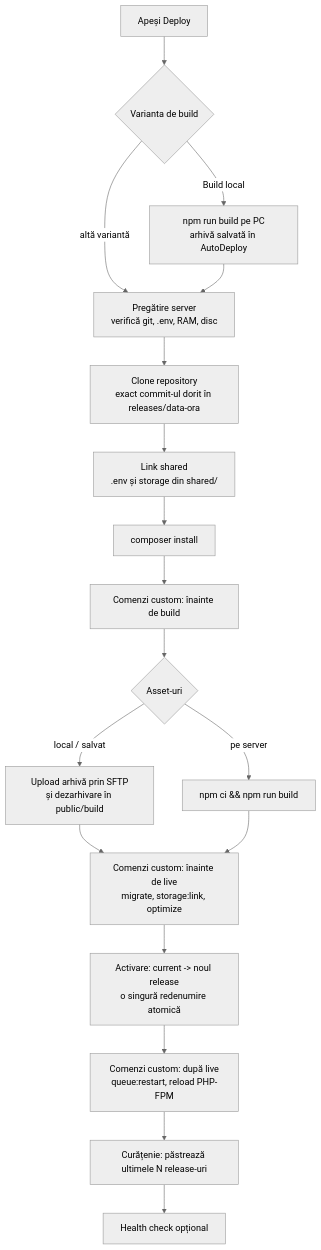
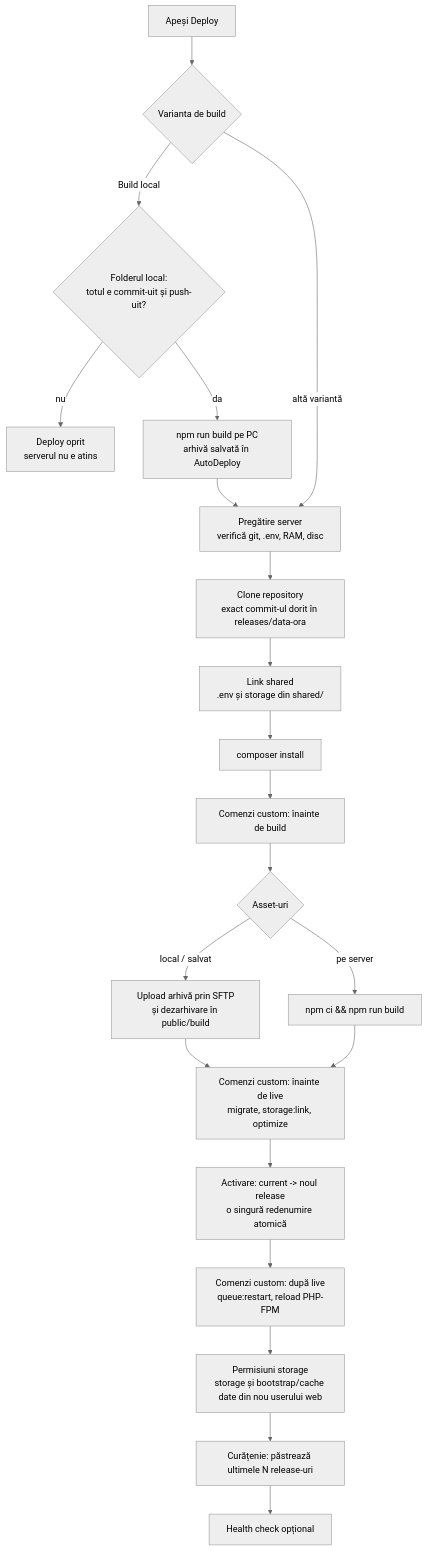
Before and after one commit to BranDavidIonel/AutoDeploy: the diagram in docs/01-cum-functioneaza.md, drawn with Mermaid (neutral theme). The commit also changed other lines of this file and 17 other files, not shown here.

Commit message:
Stop local builds with uncommitted or unpushed code; fix storage owner after live hooks Permissions step after after_activate hooks (deploy and rollback); Quick setup imports storage with hard links

````diff
--- a/docs/01-cum-functioneaza.md
+++ b/docs/01-cum-functioneaza.md
@@ -64,20 +64,23 @@
 ```mermaid
 flowchart TD
     A[Apeși Deploy] --> B{Varianta de build}
-    B -- Build local --> C[npm run build pe PC<br/>arhivă salvată în AutoDeploy]
+    B -- Build local --> V{Folderul local:<br/>totul e commit-uit și push-uit?}
+    V -- nu --> X[Deploy oprit<br/>serverul nu e atins]
+    V -- da --> C[npm run build pe PC<br/>arhivă salvată în AutoDeploy]
     B -- altă variantă --> D
     C --> D[Pregătire server<br/>verifică git, .env, RAM, disc]
     D --> E[Clone repository<br/>exact commit-ul dorit în releases/data-ora]
     E --> F[Link shared<br/>.env și storage din shared/]
     F --> G[composer install]
     G --> H[Comenzi custom: înainte de build]
     H --> I{Asset-uri}
     I -- local / salvat --> J[Upload arhivă prin SFTP<br/>și dezarhivare în public/build]
     I -- pe server --> K[npm ci && npm run build]
     J --> L[Comenzi custom: înainte de live<br/>migrate, storage:link, optimize]
     K --> L
     L --> M[Activare: current -> noul release<br/>o singură redenumire atomică]
     M --> N[Comenzi custom: după live<br/>queue:restart, reload PHP-FPM]
-    N --> O[Curățenie: păstrează ultimele N release-uri]
+    N --> Q[Permisiuni storage<br/>storage și bootstrap/cache date din nou userului web]
+    Q --> O[Curățenie: păstrează ultimele N release-uri]
     O --> P[Health check opțional]
 ```
````
